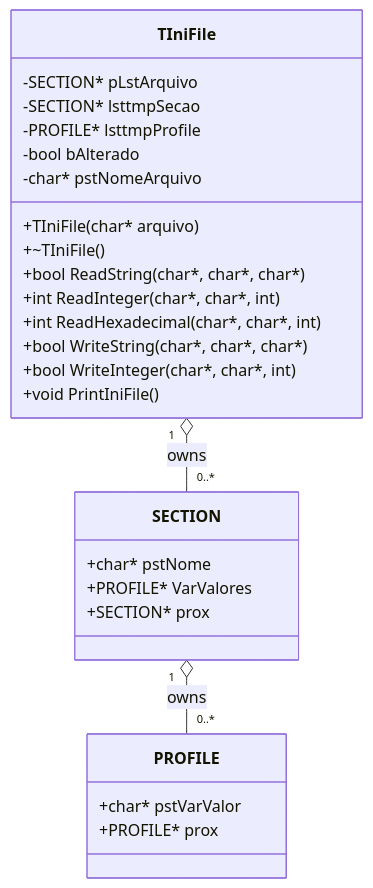
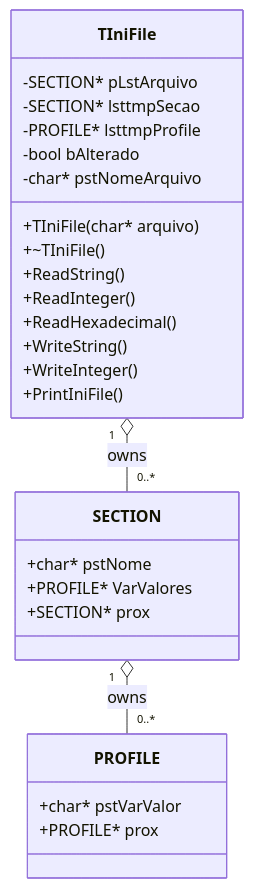
The first of 3 diagrams in README.md (paulocfmarques-collab/inifiles), drawn with Mermaid before and after one commit. The commit also changed other lines of this file, not shown here.

Commit message:
docs: fix Mermaid edge label syntax

````diff
--- a/README.md
+++ b/README.md
@@ -63,29 +62,29 @@
 ```mermaid
 classDiagram
     class TIniFile {
       -SECTION* pLstArquivo
       -SECTION* lsttmpSecao
       -PROFILE* lsttmpProfile
       -bool bAlterado
       -char* pstNomeArquivo
       +TIniFile(char* arquivo)
       +~TIniFile()
-      +bool ReadString(char*, char*, char*)
-      +int ReadInteger(char*, char*, int)
-      +int ReadHexadecimal(char*, char*, int)
-      +bool WriteString(char*, char*, char*)
-      +bool WriteInteger(char*, char*, int)
-      +void PrintIniFile()
+      +ReadString()
+      +ReadInteger()
+      +ReadHexadecimal()
+      +WriteString()
+      +WriteInteger()
+      +PrintIniFile()
     }
     class SECTION {
       +char* pstNome
       +PROFILE* VarValores
       +SECTION* prox
     }
     class PROFILE {
       +char* pstVarValor
       +PROFILE* prox
     }
     TIniFile "1" o-- "0..*" SECTION : owns
     SECTION "1" o-- "0..*" PROFILE : owns
 ```
````
